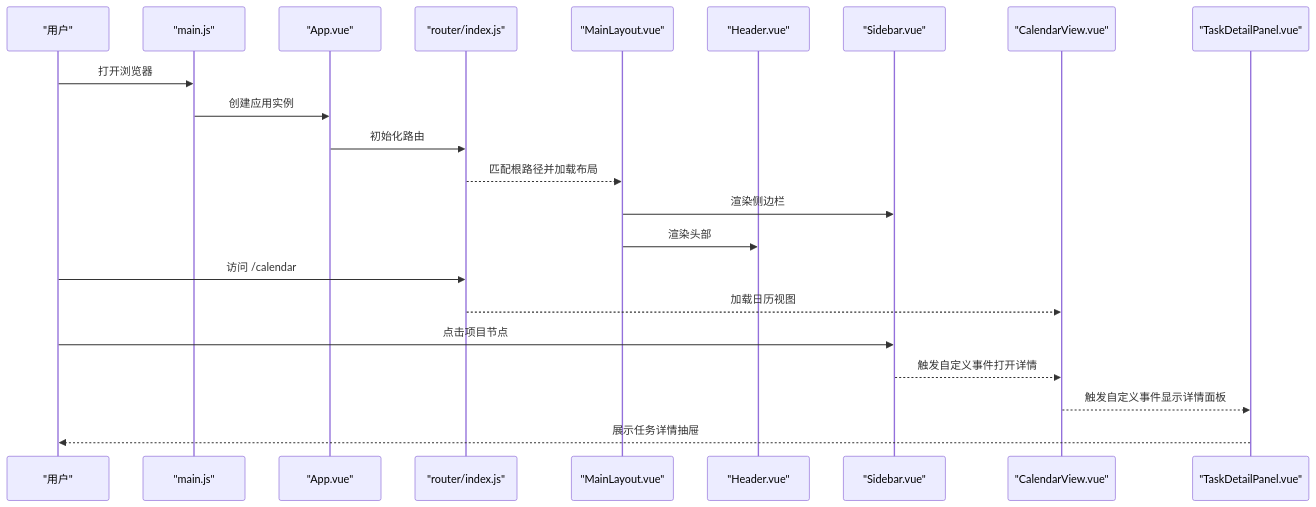
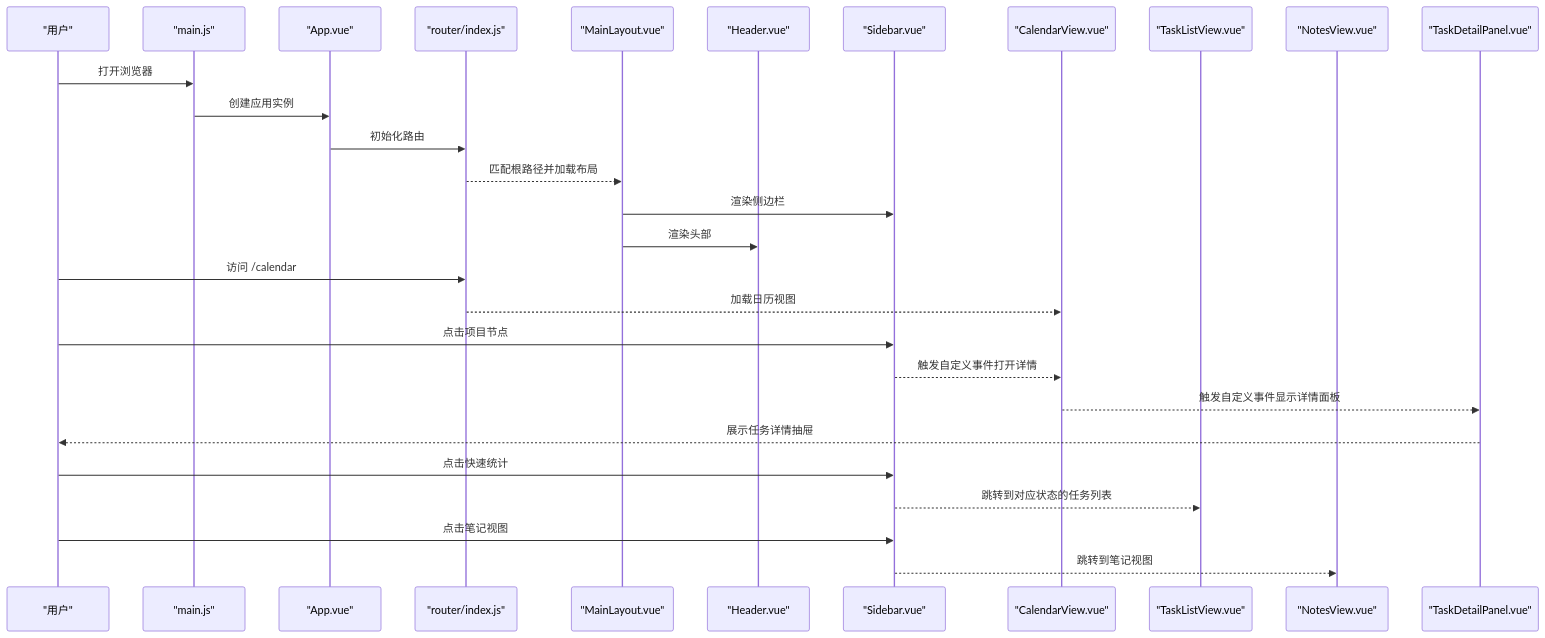
One commit to junjiechen66/newWorld changed the second of 6 diagrams in .qoder/repowiki/zh/content/前端开发/组件系统.md. Above: the diagram before and after it, drawn with Mermaid. The commit also changed other lines of this file and 70 other files, not shown here.

````diff
--- a/.qoder/repowiki/zh/content/前端开发/组件系统.md
+++ b/.qoder/repowiki/zh/content/前端开发/组件系统.md
@@ -126,24 +125,30 @@
 ```mermaid
 sequenceDiagram
 participant U as "用户"
 participant M as "main.js"
 participant APP as "App.vue"
 participant ROUTER as "router/index.js"
 participant LAYOUT as "MainLayout.vue"
 participant HEADER as "Header.vue"
 participant SIDEBAR as "Sidebar.vue"
 participant CALENDAR as "CalendarView.vue"
+participant TASKLIST as "TaskListView.vue"
+participant NOTES as "NotesView.vue"
 participant PANEL as "TaskDetailPanel.vue"
 U->>M : 打开浏览器
 M->>APP : 创建应用实例
 APP->>ROUTER : 初始化路由
 ROUTER-->>LAYOUT : 匹配根路径并加载布局
 LAYOUT->>SIDEBAR : 渲染侧边栏
 LAYOUT->>HEADER : 渲染头部
 U->>ROUTER : 访问 /calendar
 ROUTER-->>CALENDAR : 加载日历视图
 U->>SIDEBAR : 点击项目节点
 SIDEBAR-->>CALENDAR : 触发自定义事件打开详情
 CALENDAR-->>PANEL : 触发自定义事件显示详情面板
 PANEL-->>U : 展示任务详情抽屉
+U->>SIDEBAR : 点击快速统计
+SIDEBAR-->>TASKLIST : 跳转到对应状态的任务列表
+U->>SIDEBAR : 点击笔记视图
+SIDEBAR-->>NOTES : 跳转到笔记视图
 ```
````
